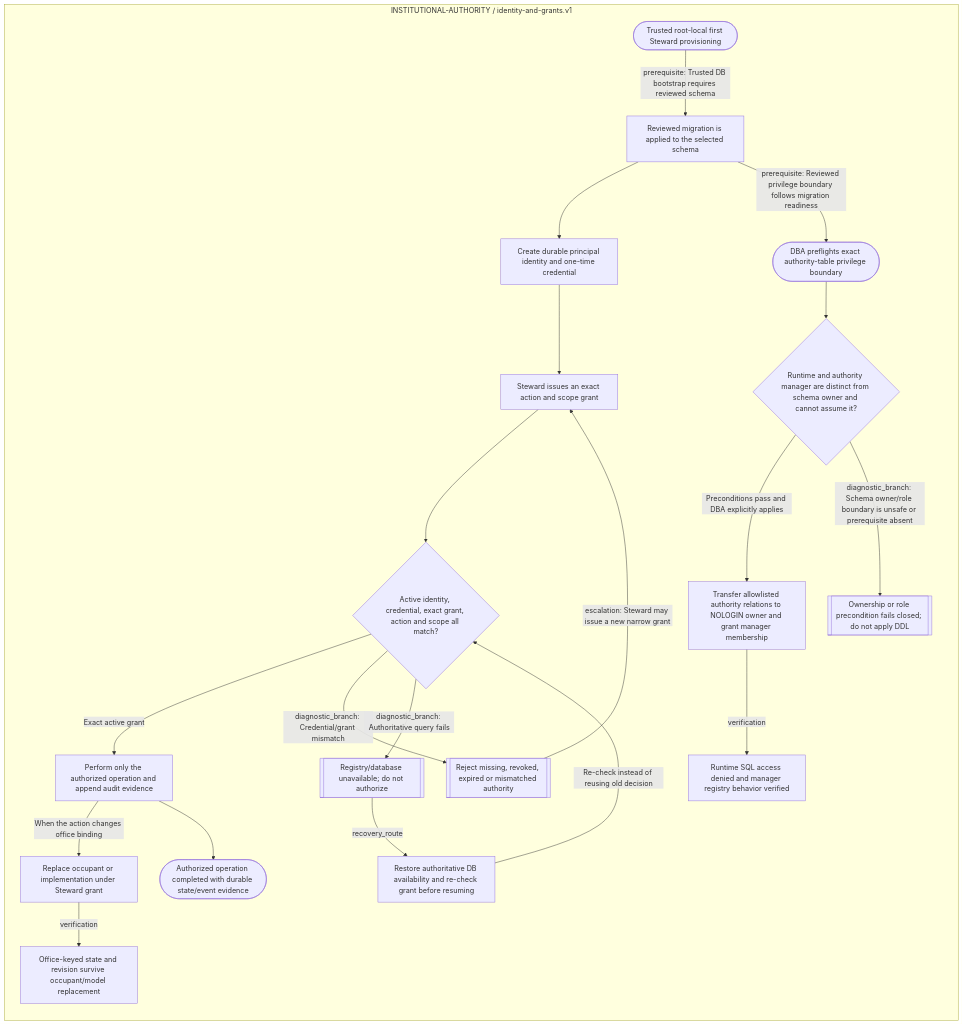
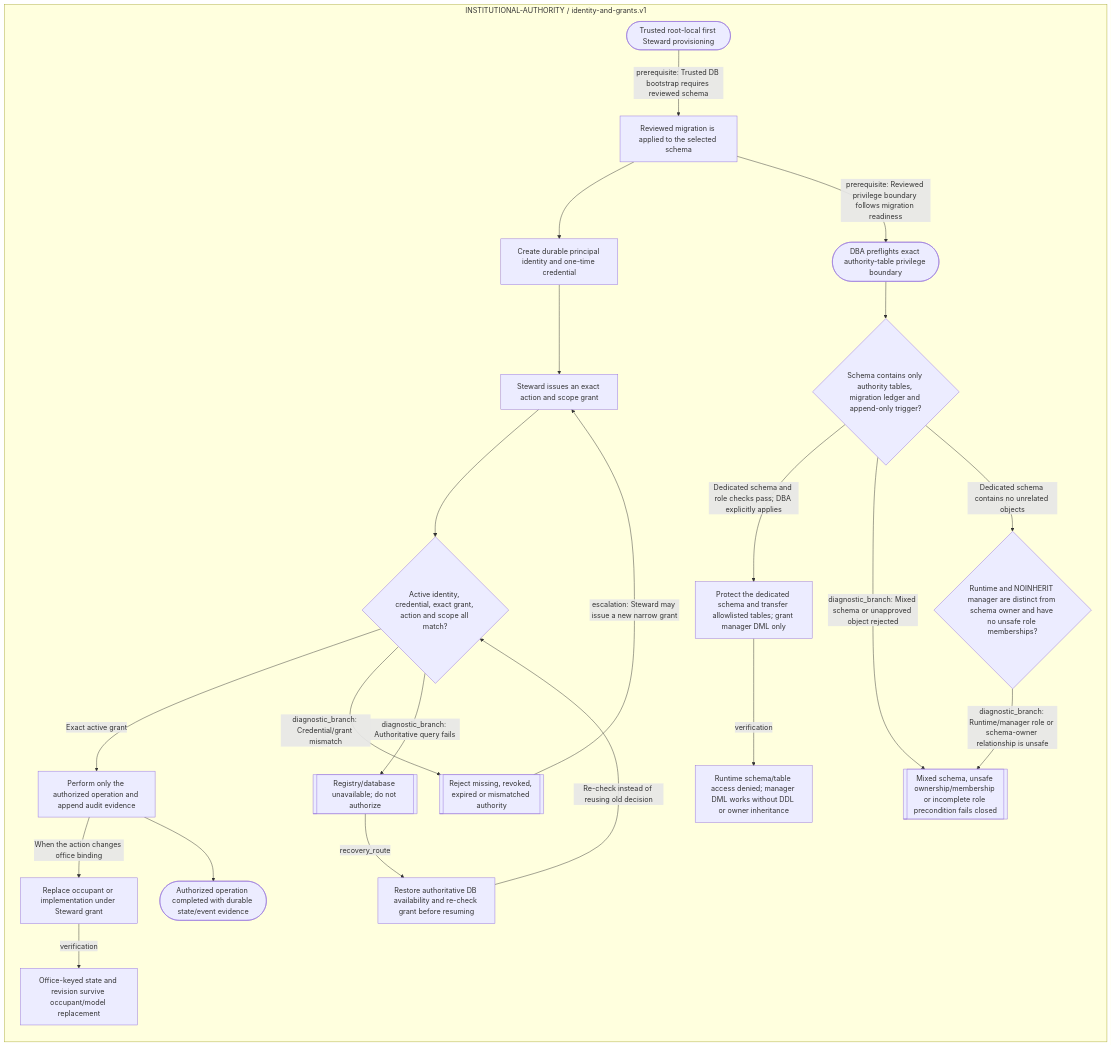
The diagram in docs/components/INSTITUTIONAL_AUTHORITY_FLOW.md (ppow1/Riverview-), drawn with Mermaid before and after one commit. The commit also changed other lines of this file and 40 other files, not shown here.

Commit message:
fix(authority): scope manager access to dedicated registry schema

````diff
--- a/docs/components/INSTITUTIONAL_AUTHORITY_FLOW.md
+++ b/docs/components/INSTITUTIONAL_AUTHORITY_FLOW.md
@@ -18,41 +19,44 @@
 ```mermaid
 flowchart LR
   subgraph g_rv_institutional_authority_identity_and_grants["INSTITUTIONAL-AUTHORITY / identity-and-grants.v1"]
     g_rv_institutional_authority_identity_and_grants_bootstrap_a48d6fd3(["Trusted root-local first Steward provisioning"])
     g_rv_institutional_authority_identity_and_grants_migration_ready_c4bb91b6["Reviewed migration is applied to the selected schema"]
     g_rv_institutional_authority_identity_and_grants_principal_create_ee96873b["Create durable principal identity and one-time credential"]
     g_rv_institutional_authority_identity_and_grants_grant_create_462e1d10["Steward issues an exact action and scope grant"]
     g_rv_institutional_authority_identity_and_grants_authorize_fa36becb{"Active identity, credential, exact grant, action and scope all match?"}
     g_rv_institutional_authority_identity_and_grants_authorized_action_492c71b2["Perform only the authorized operation and append audit evidence"]
     g_rv_institutional_authority_identity_and_grants_deny_e8ae7e89[["Reject missing, revoked, expired or mismatched authority"]]
     g_rv_institutional_authority_identity_and_grants_replace_binding_ccca04a9["Replace occupant or implementation under Steward grant"]
     g_rv_institutional_authority_identity_and_grants_office_state_e5a8ca22["Office-keyed state and revision survive occupant/model replacement"]
     g_rv_institutional_authority_identity_and_grants_unavailable_ecf79c11[["Registry/database unavailable; do not authorize"]]
     g_rv_institutional_authority_identity_and_grants_recover_dedfc857["Restore authoritative DB availability and re-check grant before resuming"]
     g_rv_institutional_authority_identity_and_grants_complete_b22cd8fd(["Authorized operation completed with durable state/event evidence"])
     g_rv_institutional_authority_identity_and_grants_db_boundary_preflight_7ebcafd7(["DBA preflights exact authority-table privilege boundary"])
-    g_rv_institutional_authority_identity_and_grants_schema_owner_gate_a70328d4{"Runtime and authority manager are distinct from schema owner and cannot assume it?"}
-    g_rv_institutional_authority_identity_and_grants_transfer_protected_objects_ce82dd28["Transfer allowlisted authority relations to NOLOGIN owner and grant manager membership"]
-    g_rv_institutional_authority_identity_and_grants_runtime_denial_verified_c2b31279["Runtime SQL access denied and manager registry behavior verified"]
-    g_rv_institutional_authority_identity_and_grants_boundary_preflight_failure_44d08c3b[["Ownership or role precondition fails closed; do not apply DDL"]]
+    g_rv_institutional_authority_identity_and_grants_schema_owner_gate_a70328d4{"Runtime and NOINHERIT manager are distinct from schema owner and have no unsafe role memberships?"}
+    g_rv_institutional_authority_identity_and_grants_transfer_protected_objects_ce82dd28["Protect the dedicated schema and transfer allowlisted tables; grant manager DML only"]
+    g_rv_institutional_authority_identity_and_grants_runtime_denial_verified_c2b31279["Runtime schema/table access denied; manager DML works without DDL or owner inheritance"]
+    g_rv_institutional_authority_identity_and_grants_boundary_preflight_failure_44d08c3b[["Mixed schema, unsafe ownership/membership or incomplete role precondition fails closed"]]
+    g_rv_institutional_authority_identity_and_grants_dedicated_schema_gate_c3990d8d{"Schema contains only authority tables, migration ledger and append-only trigger?"}
   end
   g_rv_institutional_authority_identity_and_grants_bootstrap_a48d6fd3 -->|prerequisite: Trusted DB bootstrap requires reviewed schema| g_rv_institutional_authority_identity_and_grants_migration_ready_c4bb91b6
   g_rv_institutional_authority_identity_and_grants_migration_ready_c4bb91b6 --> g_rv_institutional_authority_identity_and_grants_principal_create_ee96873b
   g_rv_institutional_authority_identity_and_grants_principal_create_ee96873b --> g_rv_institutional_authority_identity_and_grants_grant_create_462e1d10
   g_rv_institutional_authority_identity_and_grants_grant_create_462e1d10 --> g_rv_institutional_authority_identity_and_grants_authorize_fa36becb
   g_rv_institutional_authority_identity_and_grants_authorize_fa36becb -->|Exact active grant| g_rv_institutional_authority_identity_and_grants_authorized_action_492c71b2
   g_rv_institutional_authority_identity_and_grants_authorize_fa36becb -->|diagnostic_branch: Credential/grant mismatch| g_rv_institutional_authority_identity_and_grants_deny_e8ae7e89
   g_rv_institutional_authority_identity_and_grants_authorized_action_492c71b2 -->|When the action changes office binding| g_rv_institutional_authority_identity_and_grants_replace_binding_ccca04a9
   g_rv_institutional_authority_identity_and_grants_replace_binding_ccca04a9 -->|verification| g_rv_institutional_authority_identity_and_grants_office_state_e5a8ca22
   g_rv_institutional_authority_identity_and_grants_authorized_action_492c71b2 --> g_rv_institutional_authority_identity_and_grants_complete_b22cd8fd
   g_rv_institutional_authority_identity_and_grants_authorize_fa36becb -->|diagnostic_branch: Authoritative query fails| g_rv_institutional_authority_identity_and_grants_unavailable_ecf79c11
   g_rv_institutional_authority_identity_and_grants_unavailable_ecf79c11 -->|recovery_route| g_rv_institutional_authority_identity_and_grants_recover_dedfc857
   g_rv_institutional_authority_identity_and_grants_recover_dedfc857 -->|Re-check instead of reusing old decision| g_rv_institutional_authority_identity_and_grants_authorize_fa36becb
   g_rv_institutional_authority_identity_and_grants_deny_e8ae7e89 -->|escalation: Steward may issue a new narrow grant| g_rv_institutional_authority_identity_and_grants_grant_create_462e1d10
   g_rv_institutional_authority_identity_and_grants_migration_ready_c4bb91b6 -->|prerequisite: Reviewed privilege boundary follows migration readiness| g_rv_institutional_authority_identity_and_grants_db_boundary_preflight_7ebcafd7
-  g_rv_institutional_authority_identity_and_grants_db_boundary_preflight_7ebcafd7 --> g_rv_institutional_authority_identity_and_grants_schema_owner_gate_a70328d4
-  g_rv_institutional_authority_identity_and_grants_schema_owner_gate_a70328d4 -->|Preconditions pass and DBA explicitly applies| g_rv_institutional_authority_identity_and_grants_transfer_protected_objects_ce82dd28
-  g_rv_institutional_authority_identity_and_grants_schema_owner_gate_a70328d4 -->|diagnostic_branch: Schema owner/role boundary is unsafe or prerequisite absent| g_rv_institutional_authority_identity_and_grants_boundary_preflight_failure_44d08c3b
+  g_rv_institutional_authority_identity_and_grants_db_boundary_preflight_7ebcafd7 --> g_rv_institutional_authority_identity_and_grants_dedicated_schema_gate_c3990d8d
+  g_rv_institutional_authority_identity_and_grants_dedicated_schema_gate_c3990d8d -->|Dedicated schema and role checks pass; DBA explicitly applies| g_rv_institutional_authority_identity_and_grants_transfer_protected_objects_ce82dd28
+  g_rv_institutional_authority_identity_and_grants_dedicated_schema_gate_c3990d8d -->|diagnostic_branch: Mixed schema or unapproved object rejected| g_rv_institutional_authority_identity_and_grants_boundary_preflight_failure_44d08c3b
   g_rv_institutional_authority_identity_and_grants_transfer_protected_objects_ce82dd28 -->|verification| g_rv_institutional_authority_identity_and_grants_runtime_denial_verified_c2b31279
+  g_rv_institutional_authority_identity_and_grants_dedicated_schema_gate_c3990d8d -->|Dedicated schema contains no unrelated objects| g_rv_institutional_authority_identity_and_grants_schema_owner_gate_a70328d4
+  g_rv_institutional_authority_identity_and_grants_schema_owner_gate_a70328d4 -->|diagnostic_branch: Runtime/manager role or schema-owner relationship is unsafe| g_rv_institutional_authority_identity_and_grants_boundary_preflight_failure_44d08c3b
   classDef failure fill:#fee,stroke:#b00,stroke-width:2px
 ```
````
